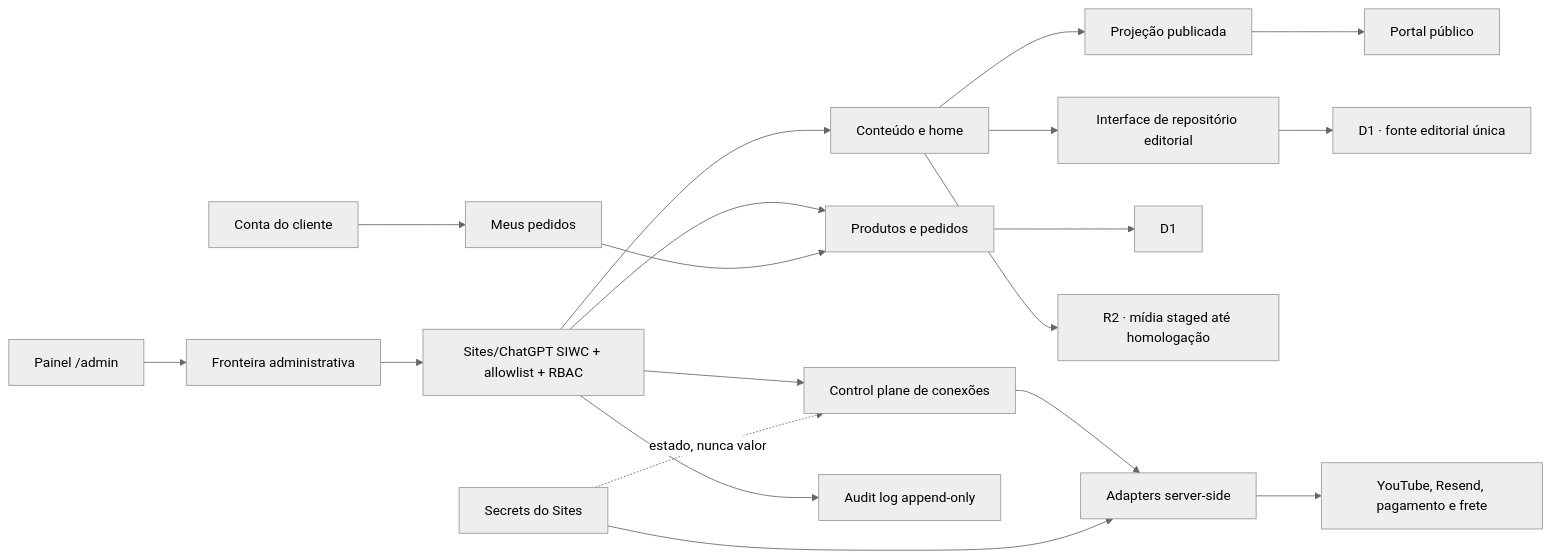
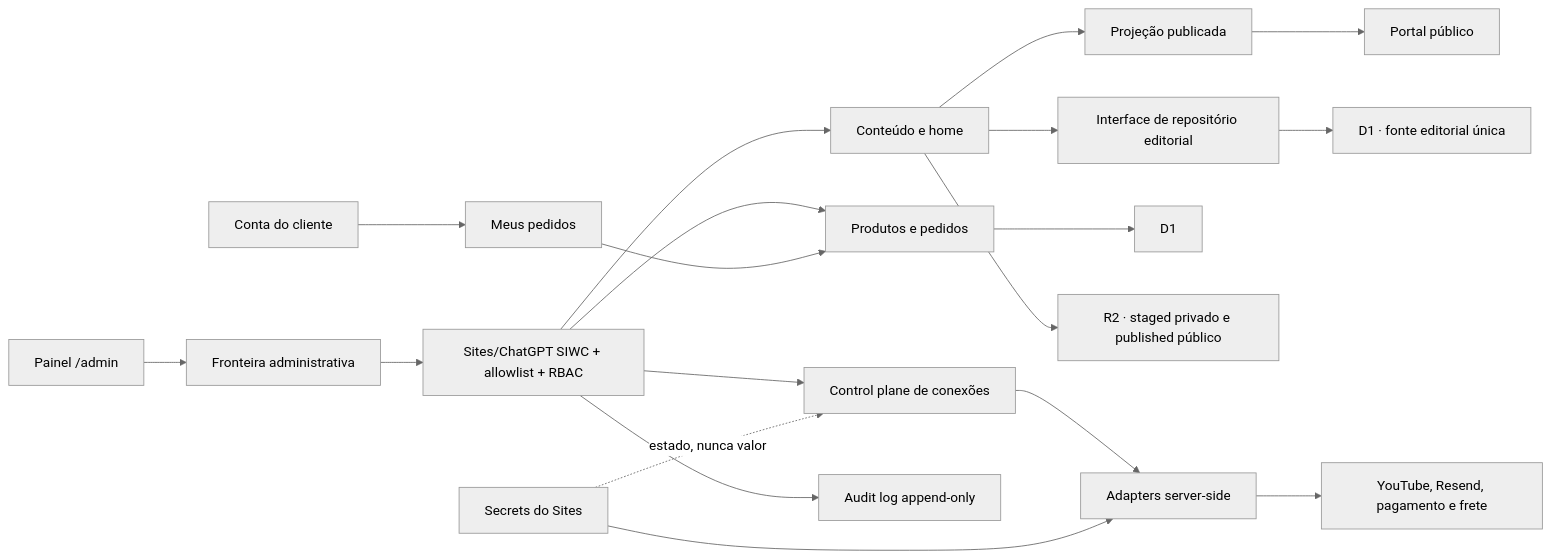
One commit to edubertin/blog-do-carro changed the diagram in docs/specs/admin-control-plane.md. Above: the diagram before and after it, drawn with Mermaid (neutral theme). The commit also changed other lines of this file and 18 other files, not shown here.

````diff
--- a/docs/specs/admin-control-plane.md
+++ b/docs/specs/admin-control-plane.md
@@ -63,21 +63,21 @@
 ```mermaid
 flowchart LR
   Admin["Painel /admin"] --> Boundary["Fronteira administrativa"]
   Boundary --> Auth["Sites/ChatGPT SIWC + allowlist + RBAC"]
   Auth --> Content["Conteúdo e home"]
   Auth --> Commerce["Produtos e pedidos"]
   Auth --> Control["Control plane de conexões"]
   Content --> Published["Projeção publicada"]
   Published --> Portal["Portal público"]
   Content --> Repository["Interface de repositório editorial"]
   Repository --> EditorialStore["D1 · fonte editorial única"]
   Commerce --> D1
-  Content --> R2["R2 · mídia staged até homologação"]
+  Content --> R2["R2 · staged privado e published público"]
   Control --> Adapters["Adapters server-side"]
   Secrets["Secrets do Sites"] -. "estado, nunca valor" .-> Control
   Secrets --> Adapters
   Adapters --> External["YouTube, Resend, pagamento e frete"]
   Auth --> Audit["Audit log append-only"]
   Customer["Conta do cliente"] --> Orders["Meus pedidos"]
   Orders --> Commerce
 ```
````
